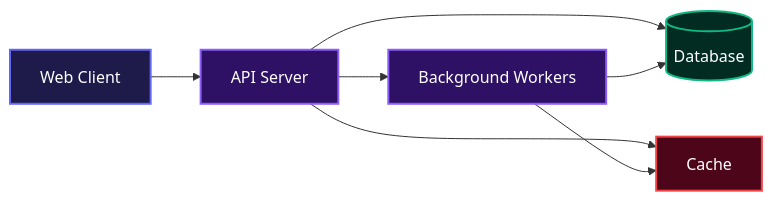
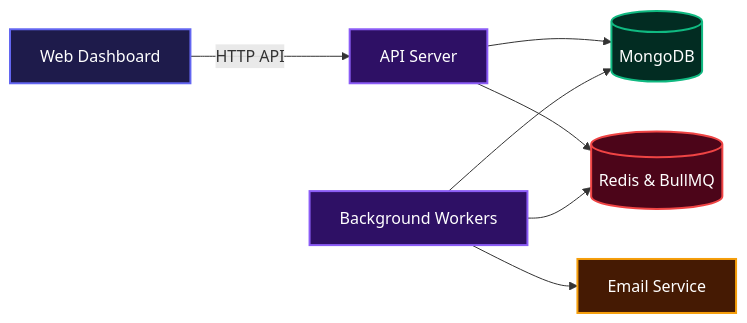
One commit to onosejoor/operatio changed the first of 3 diagrams in README.md. Above: the diagram before and after it, drawn with Mermaid. The commit also changed other lines of this file and 10 other files, not shown here.

````diff
--- a/README.md
+++ b/README.md
@@ -9,21 +7,23 @@
 ```mermaid
 flowchart LR
-  WebClient["Web Client"]
-  APIServer["API Server"]
-  Database[("Database")]
-  Cache["Cache"]
-  BackgroundWorkers["Background Workers"]
+  Client["Web Dashboard"]
+  API["API Server"]
+  DB[("MongoDB")]
+  Cache[("Redis & BullMQ")]
+  Workers["Background Workers"]
+  Mail["Email Service"]
 
-  WebClient --> APIServer
-  APIServer --> Database
-  APIServer --> Cache
-  APIServer --> BackgroundWorkers
-  BackgroundWorkers --> Cache
-  BackgroundWorkers --> Database
+  Client -- "HTTP API" --> API
+  API --> DB
+  API --> Cache
+  Workers --> DB
+  Workers --> Cache
+  Workers --> Mail
 
-  style WebClient fill:#1e1b4b,stroke:#6366f1,stroke-width:2px,color:#fff
-  style APIServer fill:#2e1065,stroke:#8b5cf6,stroke-width:2px,color:#fff
-  style Database fill:#022c22,stroke:#10b981,stroke-width:2px,color:#fff
+  style Client fill:#1e1b4b,stroke:#6366f1,stroke-width:2px,color:#fff
+  style API fill:#2e1065,stroke:#8b5cf6,stroke-width:2px,color:#fff
+  style DB fill:#022c22,stroke:#10b981,stroke-width:2px,color:#fff
   style Cache fill:#4c0519,stroke:#ef4444,stroke-width:2px,color:#fff
-  style BackgroundWorkers fill:#2e1065,stroke:#8b5cf6,stroke-width:2px,color:#fff
+  style Workers fill:#2e1065,stroke:#8b5cf6,stroke-width:2px,color:#fff
+  style Mail fill:#451a03,stroke:#f59e0b,stroke-width:2px,color:#fff
 ```
````
